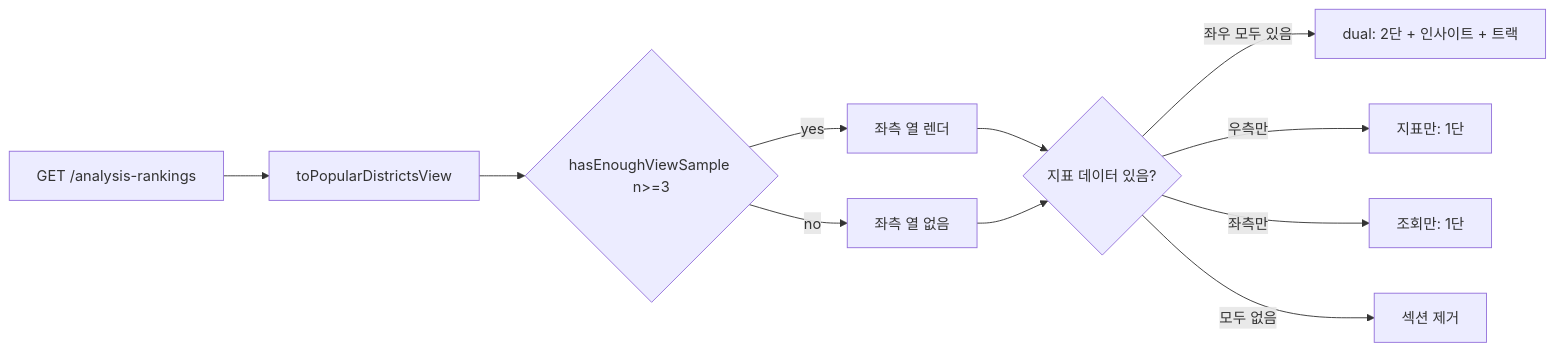
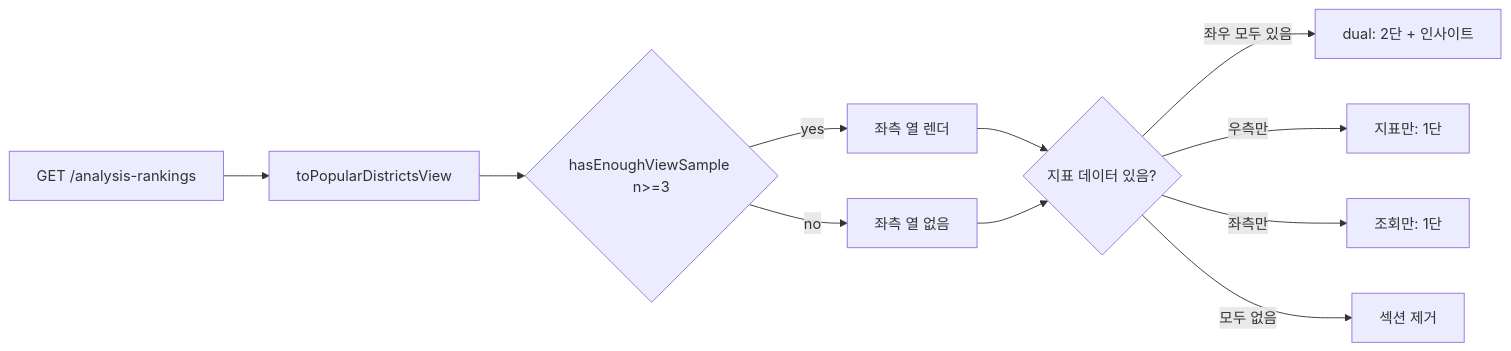
The second of 4 diagrams in frontend/docs/features/home/ranking-minimum-sample.md (8llow8llowMe/bosspickseoul), drawn with Mermaid before and after one commit. The commit also changed other lines of this file and 2 other files, not shown here.

```diff
--- a/frontend/docs/features/home/ranking-minimum-sample.md
+++ b/frontend/docs/features/home/ranking-minimum-sample.md
@@ -148,13 +148,13 @@
 :::mermaid
 flowchart LR
 A[GET /analysis-rankings] --> B[toPopularDistrictsView]
 B --> C{hasEnoughViewSample n>=3}
 C -- yes --> D[좌측 열 렌더]
 C -- no --> E[좌측 열 없음]
 D --> F{지표 데이터 있음?}
 E --> F
-F -- 좌우 모두 있음 --> G[dual: 2단 + 인사이트 + 트랙]
+F -- 좌우 모두 있음 --> G[dual: 2단 + 인사이트]
 F -- 우측만 --> H[지표만: 1단]
 F -- 좌측만 --> I[조회만: 1단]
 F -- 모두 없음 --> J[섹션 제거]
 :::
```
